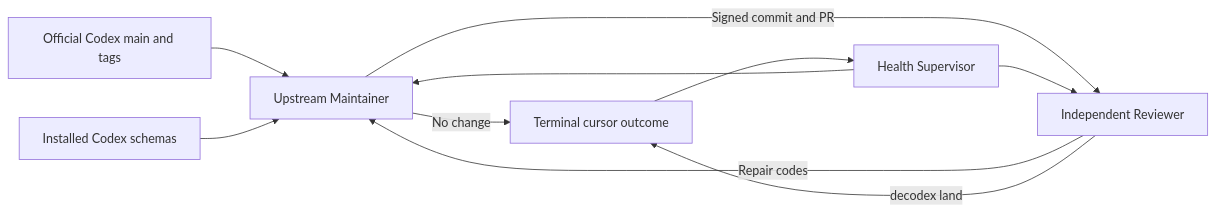
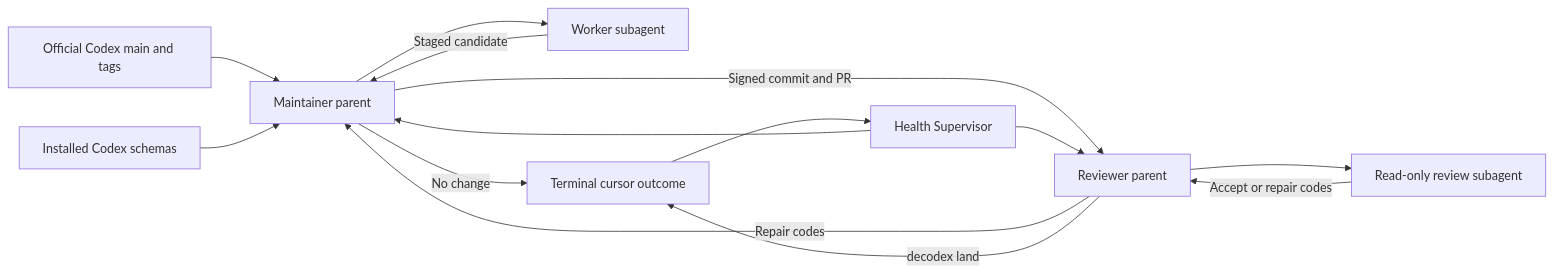
Before and after one commit to acg-box/decodex: the diagram in openwiki/operations/codex-upstream-autopilot.md, drawn with Mermaid. The commit also changed other lines of this file and 14 other files, not shown here.

````diff
--- a/openwiki/operations/codex-upstream-autopilot.md
+++ b/openwiki/operations/codex-upstream-autopilot.md
@@ -28,12 +28,16 @@
 ```mermaid
 flowchart LR
-    U["Official Codex main and tags"] --> M["Upstream Maintainer"]
+    U["Official Codex main and tags"] --> M["Maintainer parent"]
     L["Installed Codex schemas"] --> M
+    M --> W["Worker subagent"]
+    W -->|"Staged candidate"| M
     M -->|"No change"| C["Terminal cursor outcome"]
-    M -->|"Signed commit and PR"| R["Independent Reviewer"]
+    M -->|"Signed commit and PR"| R["Reviewer parent"]
+    R --> V["Read-only review subagent"]
+    V -->|"Accept or repair codes"| R
     R -->|"Repair codes"| M
     R -->|"decodex land"| C
     H["Health Supervisor"] --> M
     H --> R
     C --> H
 ```
````
